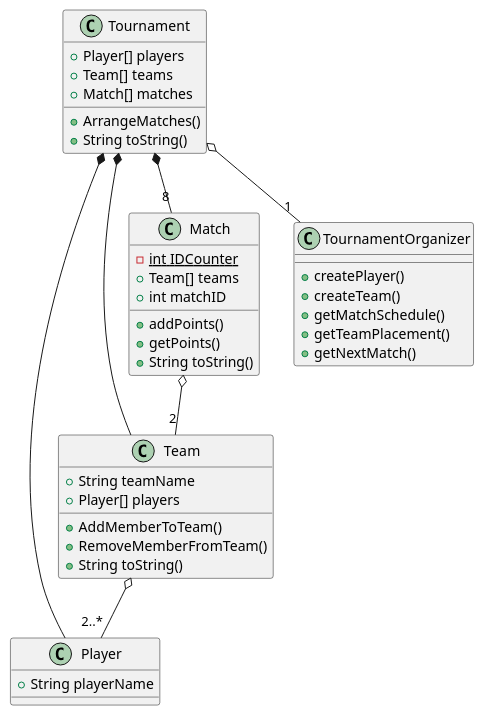
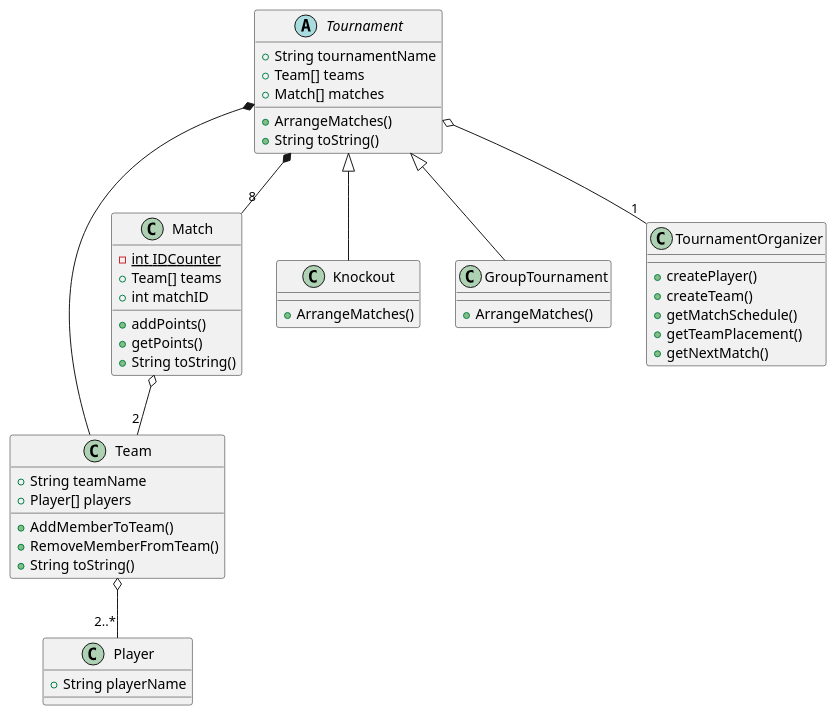
One commit to DeRp-DaWg/SP3 changed the diagram in doc/Class.puml. Above: the diagram before and after it, drawn with PlantUML.

```diff
--- a/doc/Class.puml
+++ b/doc/Class.puml
@@ -1,48 +1,58 @@
 @startuml
 'https://plantuml.com/class-diagram
+
 
 class Player {
 +String playerName
 }
 
 class Team {
 +String teamName
 +Player[] players
 +AddMemberToTeam()
 +RemoveMemberFromTeam()
 +String toString()
 }
 
 class Match{
 -int {static} IDCounter
 +Team[] teams
 +int matchID
 +addPoints()
 +getPoints()
 +String toString()
 }
 
-class Tournament {
-+Player[] players
+abstract Tournament {
++String tournamentName
 +Team[] teams
 +Match[] matches
 +ArrangeMatches()
 +String toString()
+}
+
+class Knockout{
++ArrangeMatches()
+}
+
+class GroupTournament{
++ArrangeMatches()
 }
 
 class TournamentOrganizer {
 +createPlayer()
 +createTeam()
 +getMatchSchedule()
 +getTeamPlacement()
 +getNextMatch()
 }
 
 Tournament o-- "1" TournamentOrganizer
 Tournament *-- "8" Match
-Tournament *-- Player
 Tournament *-- Team
 Match o-- "2" Team
 Team o-- "2..*" Player
+Tournament <|-- Knockout
+Tournament <|-- GroupTournament
 
 @enduml
```
